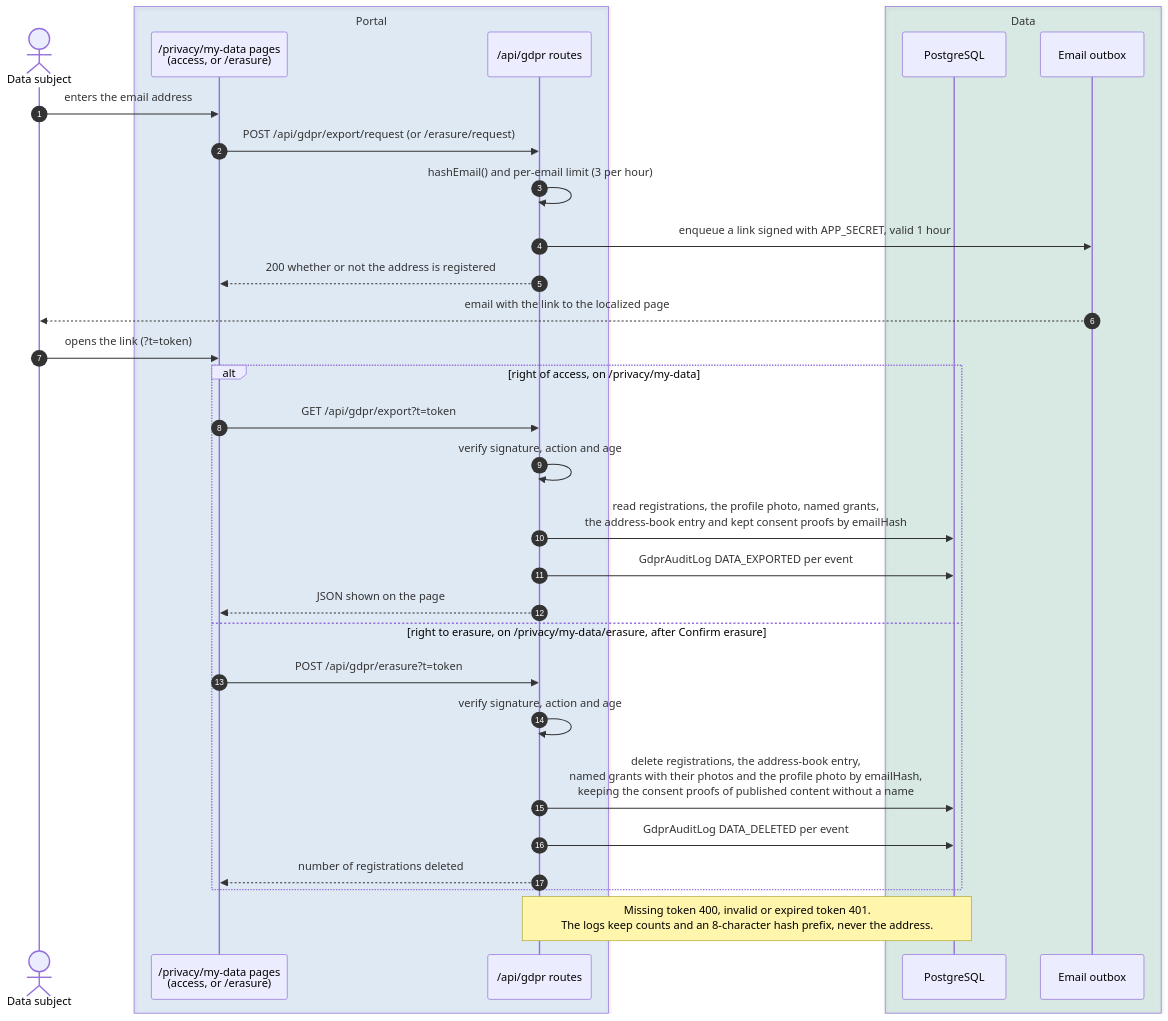
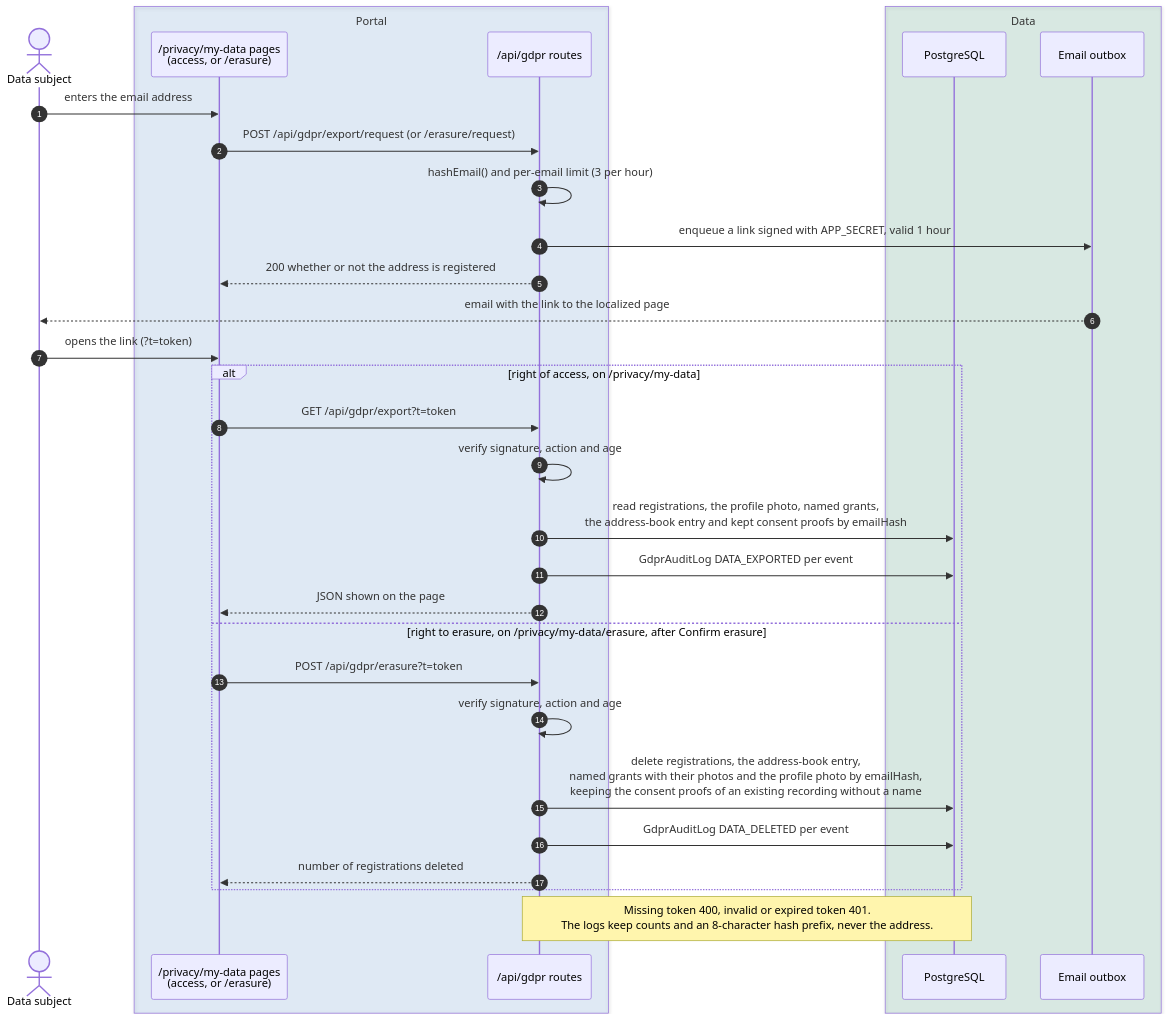
The third of 3 diagrams in docs/GDPR.md (italia/pa-webinar), drawn with Mermaid before and after one commit. The commit also changed other lines of this file and 13 other files, not shown here.

````diff
--- a/docs/GDPR.md
+++ b/docs/GDPR.md
@@ -410,35 +427,35 @@
 ```mermaid
 sequenceDiagram
   autonumber
   actor P as Data subject
   box rgba(0,102,204,0.10) Portal
     participant W as /privacy/my-data pages<br/>(access, or /erasure)
     participant API as /api/gdpr routes
   end
   box rgba(0,128,85,0.12) Data
     participant DB as PostgreSQL
     participant OB as Email outbox
   end
 
   P->>W: enters the email address
   W->>API: POST /api/gdpr/export/request (or /erasure/request)
   API->>API: hashEmail() and per-email limit (3 per hour)
   API->>OB: enqueue a link signed with APP_SECRET, valid 1 hour
   API-->>W: 200 whether or not the address is registered
   OB-->>P: email with the link to the localized page
   P->>W: opens the link (?t=token)
   alt right of access, on /privacy/my-data
     W->>API: GET /api/gdpr/export?t=token
     API->>API: verify signature, action and age
     API->>DB: read registrations, the profile photo, named grants,<br/>the address-book entry and kept consent proofs by emailHash
     API->>DB: GdprAuditLog DATA_EXPORTED per event
     API-->>W: JSON shown on the page
   else right to erasure, on /privacy/my-data/erasure, after Confirm erasure
     W->>API: POST /api/gdpr/erasure?t=token
     API->>API: verify signature, action and age
-    API->>DB: delete registrations, the address-book entry,<br/>named grants with their photos and the profile photo by emailHash,<br/>keeping the consent proofs of published content without a name
+    API->>DB: delete registrations, the address-book entry,<br/>named grants with their photos and the profile photo by emailHash,<br/>keeping the consent proofs of an existing recording without a name
     API->>DB: GdprAuditLog DATA_DELETED per event
     API-->>W: number of registrations deleted
   end
   Note over API,DB: Missing token 400, invalid or expired token 401.<br/>The logs keep counts and an 8-character hash prefix, never the address.
 ```
````
